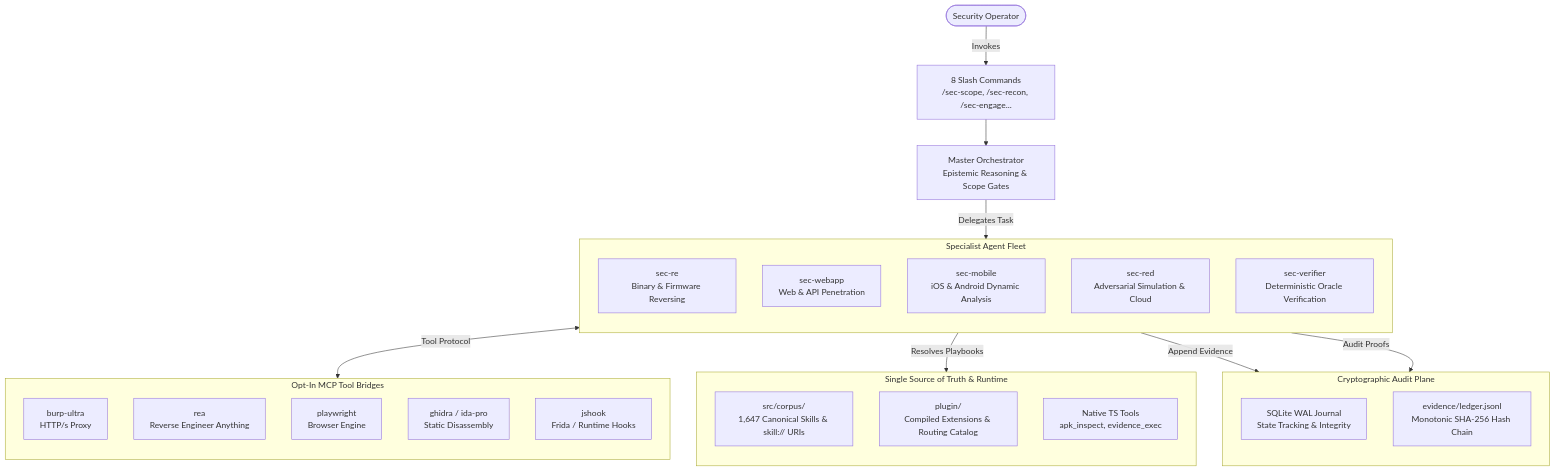
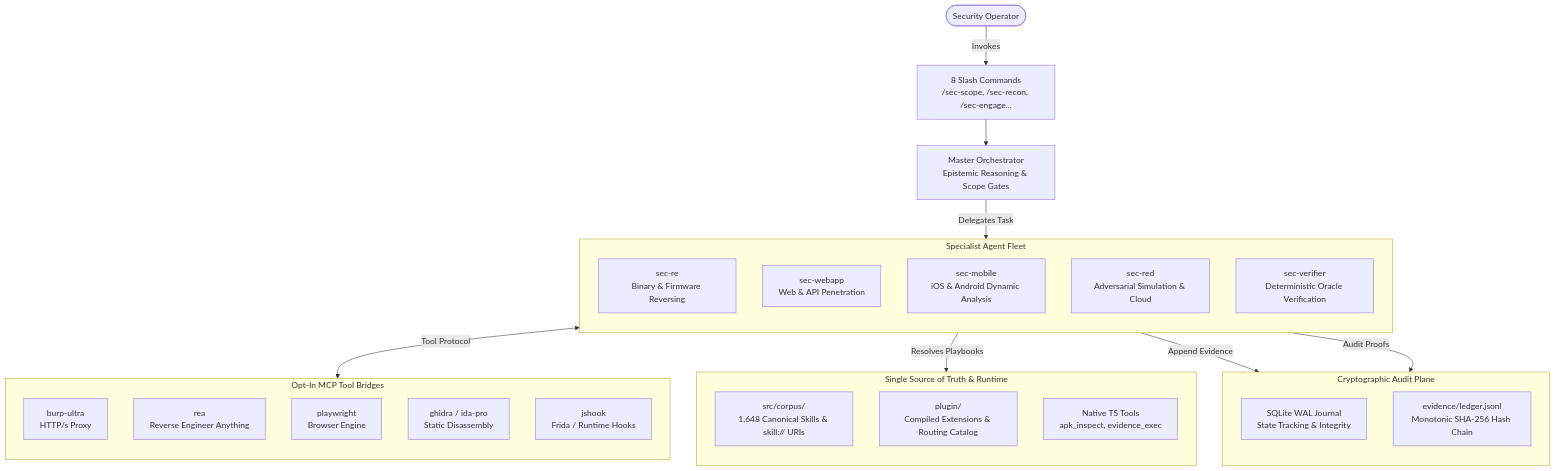
The diagram in README.md (bitbytelabio/arsenal), drawn with Mermaid before and after one commit. The commit also changed other lines of this file and 2481 other files, not shown here.

Commit message:
fix(corpus): audit and standardize skill references, scripts, links, and ingestion durability

````diff
--- a/README.md
+++ b/README.md
@@ -39,45 +39,45 @@
 ```mermaid
 flowchart TD
     Op([Security Operator]) -->|Invokes| Cmd["8 Slash Commands<br/>/sec-scope, /sec-recon, /sec-engage..."]
     Cmd --> Orchestrator["Master Orchestrator<br/>Epistemic Reasoning & Scope Gates"]
 
     subgraph Specialists ["Specialist Agent Fleet"]
         direction TB
         RE["sec-re<br/>Binary & Firmware Reversing"]
         WA["sec-webapp<br/>Web & API Penetration"]
         MO["sec-mobile<br/>iOS & Android Dynamic Analysis"]
         RT["sec-red<br/>Adversarial Simulation & Cloud"]
         VE["sec-verifier<br/>Deterministic Oracle Verification"]
     end
 
     Orchestrator -->|Delegates Task| Specialists
 
     subgraph Bridges ["Opt-In MCP Tool Bridges"]
         direction TB
         B1["burp-ultra<br/>HTTP/s Proxy"]
         B2["rea<br/>Reverse Engineer Anything"]
         B3["playwright<br/>Browser Engine"]
         B4["ghidra / ida-pro<br/>Static Disassembly"]
         B5["jshook<br/>Frida / Runtime Hooks"]
     end
 
     Specialists <-->|Tool Protocol| Bridges
 
     subgraph CoreEngine ["Single Source of Truth & Runtime"]
         direction TB
-        Corpus["src/corpus/<br/>1,647 Canonical Skills & skill:// URIs"]
+        Corpus["src/corpus/<br/>1,648 Canonical Skills & skill:// URIs"]
         PluginDist["plugin/<br/>Compiled Extensions & Routing Catalog"]
         NativeTools["Native TS Tools<br/>apk_inspect, evidence_exec"]
     end
 
     Specialists -->|Resolves Playbooks| CoreEngine
 
     subgraph EvidenceLedger ["Cryptographic Audit Plane"]
         direction TB
         Journal["SQLite WAL Journal<br/>State Tracking & Integrity"]
         Ledger["evidence/ledger.jsonl<br/>Monotonic SHA-256 Hash Chain"]
     end
 
     Specialists -->|Append Evidence| EvidenceLedger
     VE -->|Audit Proofs| EvidenceLedger
 ```
````
